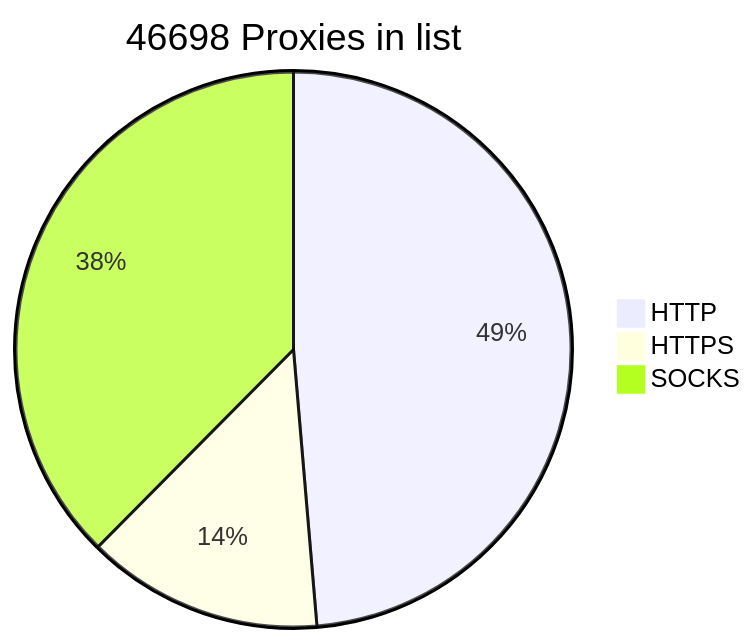
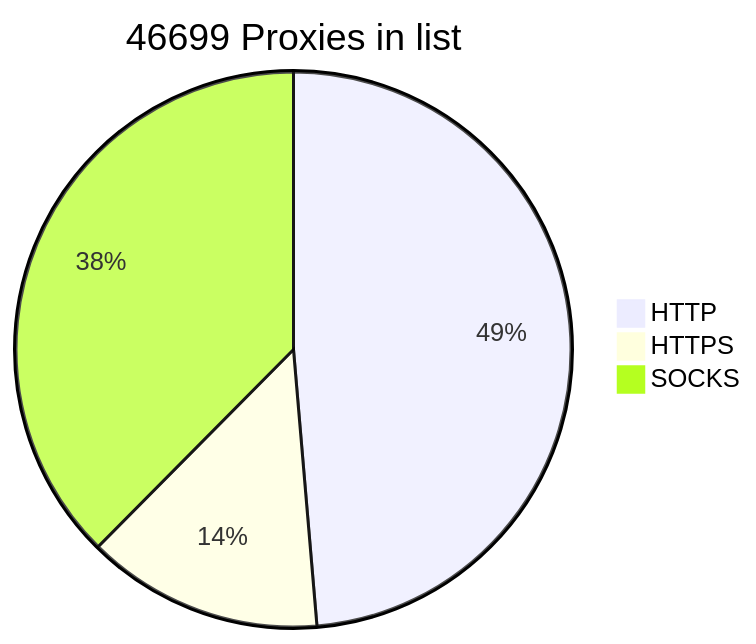
One commit to BlackSnowDot/proxylist-update-every-minute changed the diagram in README.md. Above: the diagram before and after it, drawn with Mermaid.

````diff
--- a/README.md
+++ b/README.md
@@ -2,6 +2,6 @@
 ```mermaid
-pie title 46698 Proxies in list
+pie title 46699 Proxies in list
     "HTTP" : 25351
     "HTTPS": 7177
-    "SOCKS" : 19578
+    "SOCKS" : 19579
 ```
````
